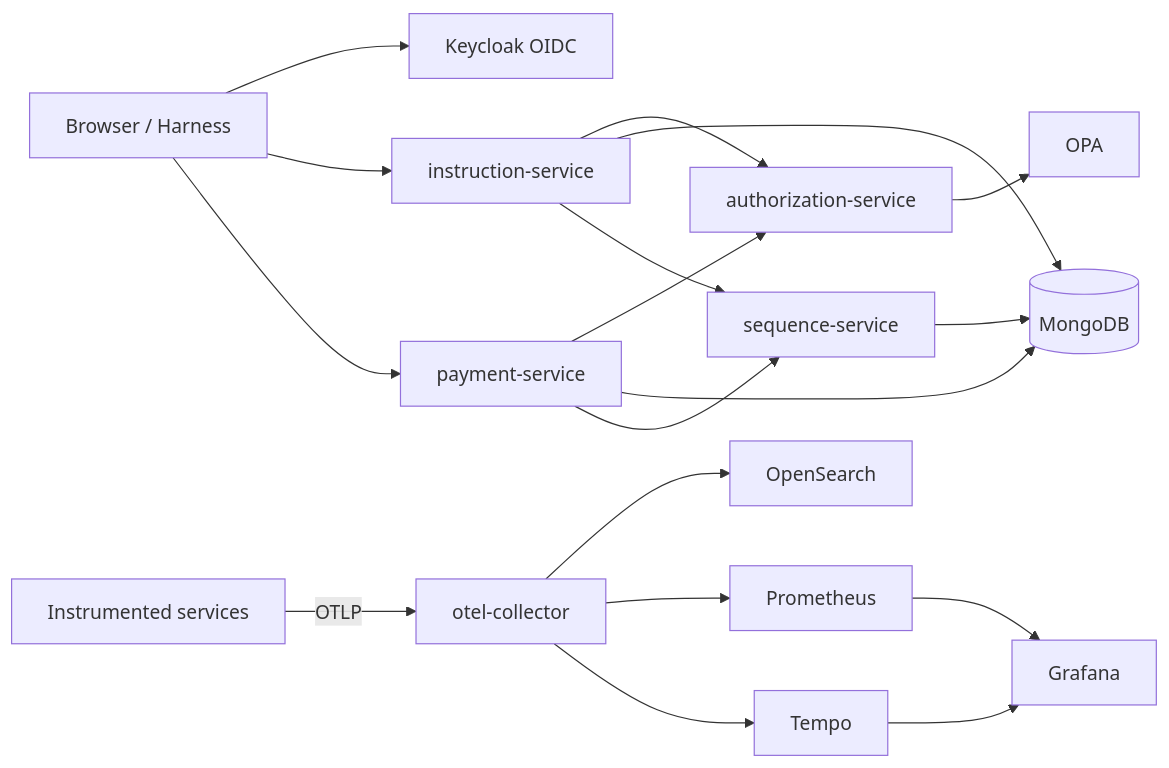
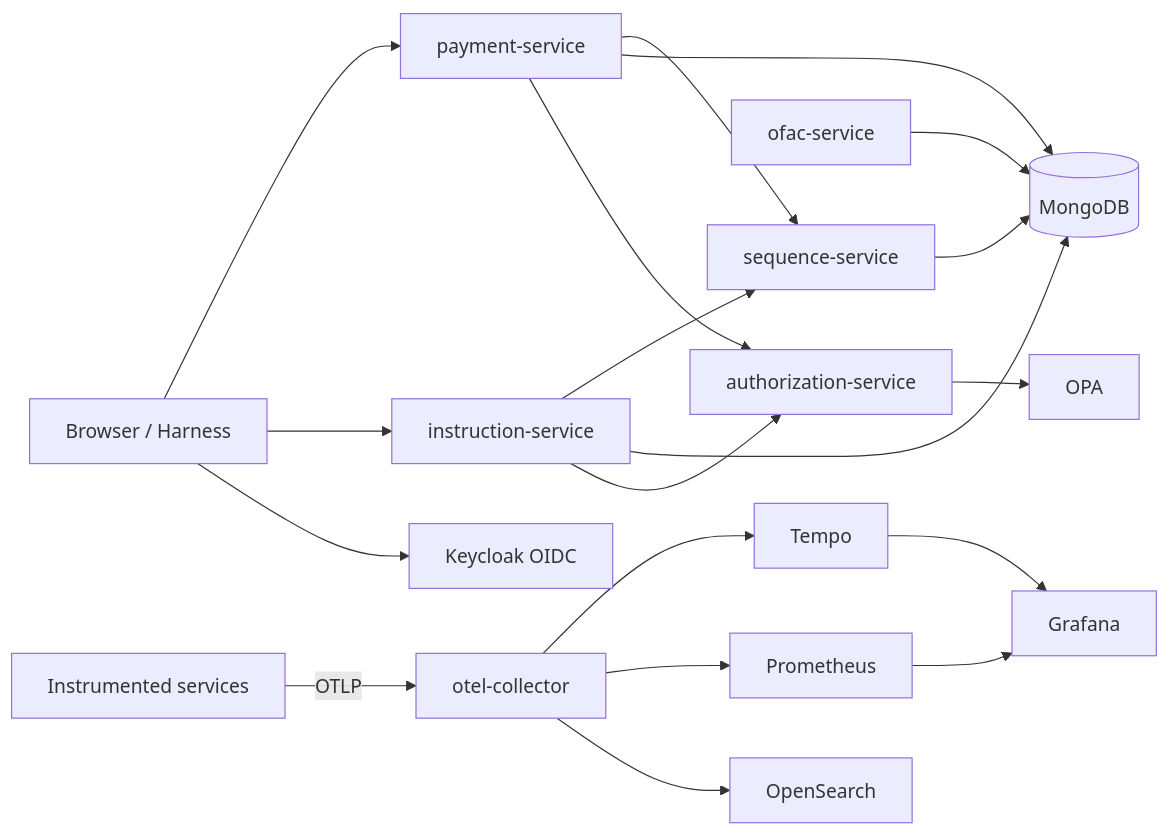
Before and after one commit to sanjuthomas/observability-mesh: the diagram in README.md, drawn with Mermaid. The commit also changed other lines of this file and 56 other files, not shown here.

First line of the commit message:
Add OFAC sanction scan workflow and ofac-service simulator.

````diff
--- a/README.md
+++ b/README.md
@@ -9,20 +9,21 @@
 ```mermaid
 flowchart LR
     User[Browser / Harness] --> Keycloak[Keycloak OIDC]
     User --> Inst[instruction-service]
     User --> Pay[payment-service]
     Inst --> Authz[authorization-service]
     Pay --> Authz
     Authz --> OPA[OPA]
     Inst --> Mongo[(MongoDB)]
     Pay --> Mongo
+    OFAC[ofac-service] --> Mongo
     Seq[sequence-service] --> Mongo
     Inst --> Seq
     Pay --> Seq
     Services[Instrumented services] -->|OTLP| OTel[otel-collector]
     OTel --> OS[OpenSearch]
     OTel --> Prom[Prometheus]
     OTel --> Tempo[Tempo]
     Prom --> Grafana[Grafana]
     Tempo --> Grafana
 ```
````
